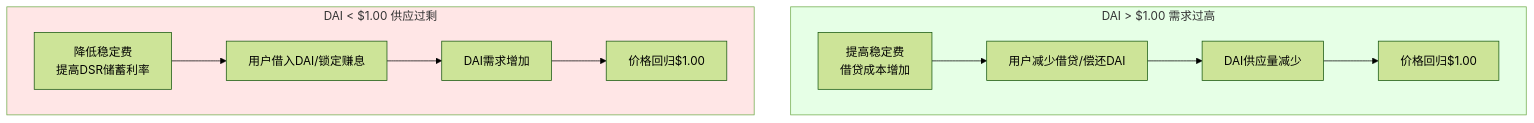
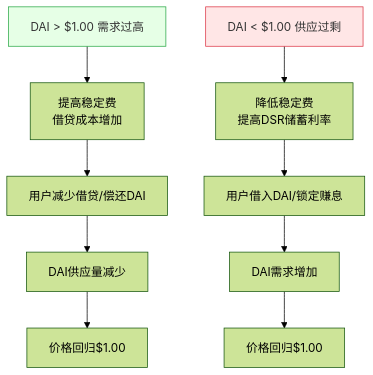
One commit to web3-wallet-org/web3-wallet-notes changed the third of 3 diagrams in docs/《精通以太坊》/第13章-去中心化金融.md. Above: the diagram before and after it, drawn with Mermaid (forest theme). The commit also changed other lines of this file and 5 other files, not shown here.

````diff
--- a/docs/《精通以太坊》/第13章-去中心化金融.md
+++ b/docs/《精通以太坊》/第13章-去中心化金融.md
@@ -421,17 +421,27 @@
 ```mermaid
 graph TB
-    subgraph HighPrice["DAI > $1.00 需求过高"]
-        A1["提高稳定费<br/>借贷成本增加"] --> B1["用户减少借贷/偿还DAI"]
-        B1 --> C1["DAI供应量减少"]
-        C1 --> D1["价格回归$1.00"]
-    end
+    HighPrice["DAI > $1.00 需求过高"]
+    A1["提高稳定费<br/>借贷成本增加"]
+    B1["用户减少借贷/偿还DAI"]
+    C1["DAI供应量减少"]
+    D1["价格回归$1.00"]
     
-    subgraph LowPrice["DAI < $1.00 供应过剩"]
-        A2["降低稳定费<br/>提高DSR储蓄利率"] --> B2["用户借入DAI/锁定赚息"]
-        B2 --> C2["DAI需求增加"]
-        C2 --> D2["价格回归$1.00"]
-    end
+    LowPrice["DAI < $1.00 供应过剩"]
+    A2["降低稳定费<br/>提高DSR储蓄利率"]
+    B2["用户借入DAI/锁定赚息"]
+    C2["DAI需求增加"]
+    D2["价格回归$1.00"]
     
-    style HighPrice fill:#e6ffe6
-    style LowPrice fill:#ffe6e6
+    HighPrice --> A1
+    A1 --> B1
+    B1 --> C1
+    C1 --> D1
+    
+    LowPrice --> A2
+    A2 --> B2
+    B2 --> C2
+    C2 --> D2
+    
+    style HighPrice fill:#e6ffe6,stroke:#28a745,color:#333
+    style LowPrice fill:#ffe6e6,stroke:#dc3545,color:#333
 ```
````
